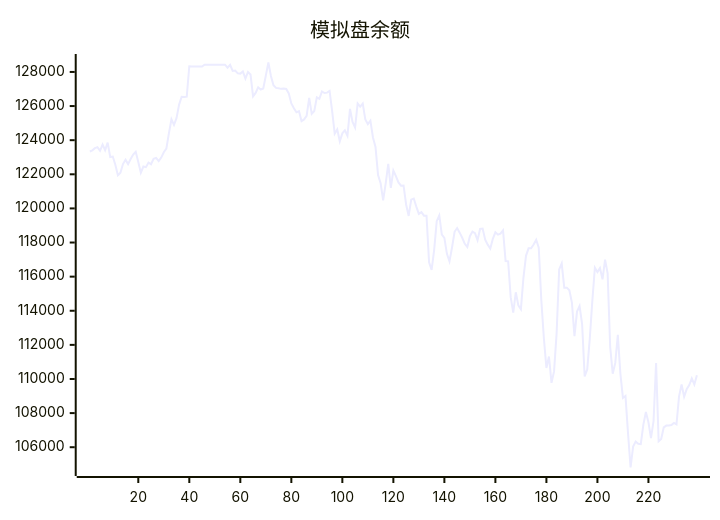
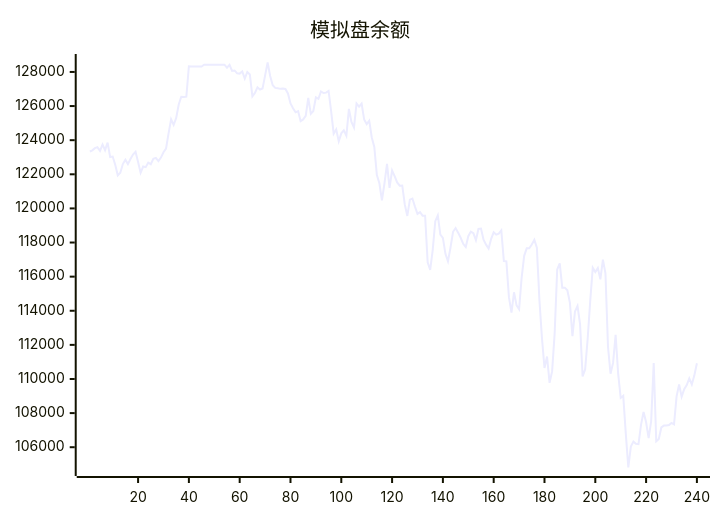
One commit to aahl/ai-trading changed the diagram in README.md. Above: the diagram before and after it, drawn with Mermaid. The commit also changed other lines of this file and 1 other file, not shown here.

````diff
--- a/README.md
+++ b/README.md
@@ -5,5 +5,5 @@
 ```mermaid
 xychart
     title "模拟盘余额"
-    line [123338,123402,123530,123592,123378,123745,123413,123853,123009,123040,122557,121938,122095,122599,122856,122597,122898,123160,123319,122719,122087,122454,122416,122685,122592,122907,122961,122776,122981,123295,123507,124403,125224,124894,125303,126088,126544,126534,126549,128335,128318,128318,128318,128318,128318,128424,128424,128424,128424,128424,128424,128424,128424,128424,128247,128412,128062,128087,127917,127901,128026,127611,128000,127850,126572,126770,127100,126971,127029,127783,128554,127765,127224,127064,127044,127009,127025,127004,126738,126152,125871,125635,125707,125117,125217,125420,126480,125545,125715,126511,126424,126856,126764,126788,126890,125710,124381,124632,123936,124402,124574,124256,125833,125070,124739,126154,125966,126145,125213,124943,125143,124157,123604,121959,121476,120476,121470,122610,121201,122221,121889,121522,121332,121344,120232,119559,120513,120577,120108,119680,119777,119572,119568,116839,116392,117573,119250,119585,118469,118277,117338,116897,117706,118628,118849,118579,118280,117926,117735,118373,118639,118544,118136,118798,118819,118162,117874,117649,118215,118601,118463,118517,118713,116911,116899,114798,113887,115084,114313,114091,115934,117221,117658,117658,117883,118164,117693,114632,112403,110644,111313,109777,110444,112673,116419,116772,115355,115355,115198,114476,112510,113954,114276,113223,110151,110561,112361,114562,116522,116265,116500,115845,117000,116199,111887,110306,110942,112588,110318,108891,109011,106814,104811,106038,106327,106201,106180,107315,108068,107463,106528,107530,110941,106346,106482,107161,107268,107270,107302,107426,107340,108985,109681,108962,109404,109645,110030,109680,110214]
+    line [123338,123402,123530,123592,123378,123745,123413,123853,123009,123040,122557,121938,122095,122599,122856,122597,122898,123160,123319,122719,122087,122454,122416,122685,122592,122907,122961,122776,122981,123295,123507,124403,125224,124894,125303,126088,126544,126534,126549,128335,128318,128318,128318,128318,128318,128424,128424,128424,128424,128424,128424,128424,128424,128424,128247,128412,128062,128087,127917,127901,128026,127611,128000,127850,126572,126770,127100,126971,127029,127783,128554,127765,127224,127064,127044,127009,127025,127004,126738,126152,125871,125635,125707,125117,125217,125420,126480,125545,125715,126511,126424,126856,126764,126788,126890,125710,124381,124632,123936,124402,124574,124256,125833,125070,124739,126154,125966,126145,125213,124943,125143,124157,123604,121959,121476,120476,121470,122610,121201,122221,121889,121522,121332,121344,120232,119559,120513,120577,120108,119680,119777,119572,119568,116839,116392,117573,119250,119585,118469,118277,117338,116897,117706,118628,118849,118579,118280,117926,117735,118373,118639,118544,118136,118798,118819,118162,117874,117649,118215,118601,118463,118517,118713,116911,116899,114798,113887,115084,114313,114091,115934,117221,117658,117658,117883,118164,117693,114632,112403,110644,111313,109777,110444,112673,116419,116772,115355,115355,115198,114476,112510,113954,114276,113223,110151,110561,112361,114562,116522,116265,116500,115845,117000,116199,111887,110306,110942,112588,110318,108891,109011,106814,104811,106038,106327,106201,106180,107315,108068,107463,106528,107530,110941,106346,106482,107161,107268,107270,107302,107426,107340,108985,109681,108962,109404,109645,110030,109680,110214,110918]
 ```
````
